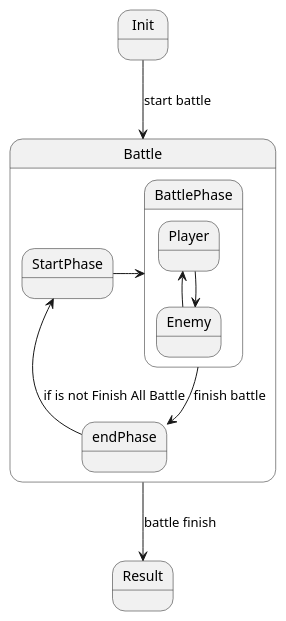
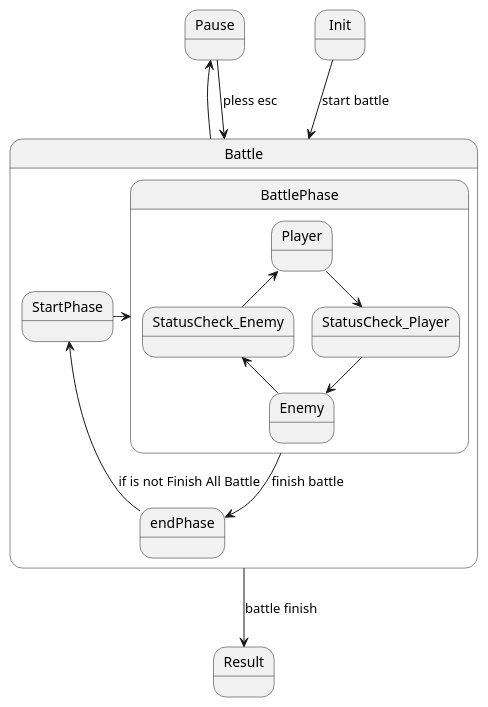
The diagram in Unity1week_240318/Assets/UML/Battle/BattleState.pu (tezumozu/Unity1WeekGameJam_240318), drawn with PlantUML before and after one commit. The commit also changed 40 other files, not shown here.

```diff
--- a/Unity1week_240318/Assets/UML/Battle/BattleState.pu
+++ b/Unity1week_240318/Assets/UML/Battle/BattleState.pu
@@ -1,32 +1,39 @@
 @startuml
     state Battle{
         state StartPhase 
 
         state BattlePhase{
             state Player
+            state StatusCheck_Player
+            state StatusCheck_Enemy
             state Enemy
         }
 
         state endPhase
     }
 
     state Init{
 
     }
 
     state Result
 
+    state Pause
+
     Init --> Battle : start battle
 
     Battle.StartPhase -right-> BattlePhase
 
-    Battle.BattlePhase.Player --> Battle.BattlePhase.Enemy
-    Battle.BattlePhase.Player <-- Battle.BattlePhase.Enemy
-
+    Battle.BattlePhase.Player --> Battle.BattlePhase.StatusCheck_Player
+    Battle.BattlePhase.StatusCheck_Player --> Battle.BattlePhase.Enemy
+    Battle.BattlePhase.StatusCheck_Enemy <-- Battle.BattlePhase.Enemy
+    Battle.BattlePhase.Player <-- Battle.BattlePhase.StatusCheck_Enemy
 
     BattlePhase --> endPhase : finish battle
     endPhase --> StartPhase : if is not Finish All Battle
 
+    Battle -left-> Pause
+    Pause --> Battle : pless esc
     Battle --> Result : battle finish
 
 @enduml
```
